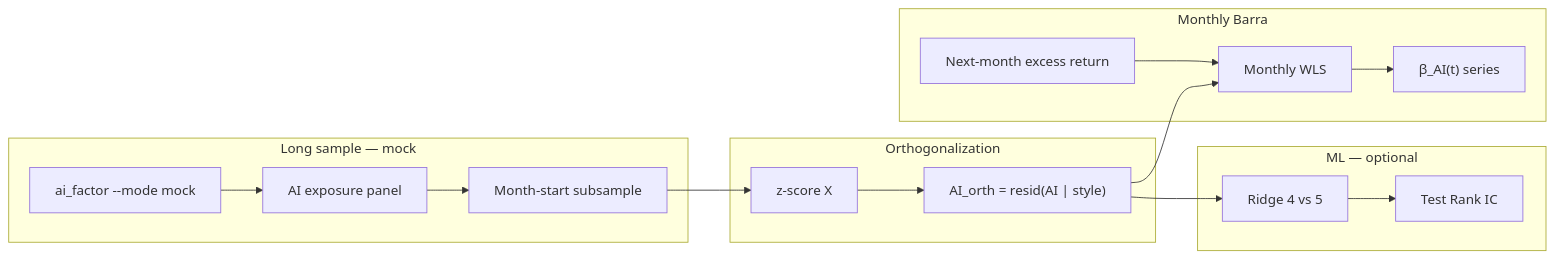
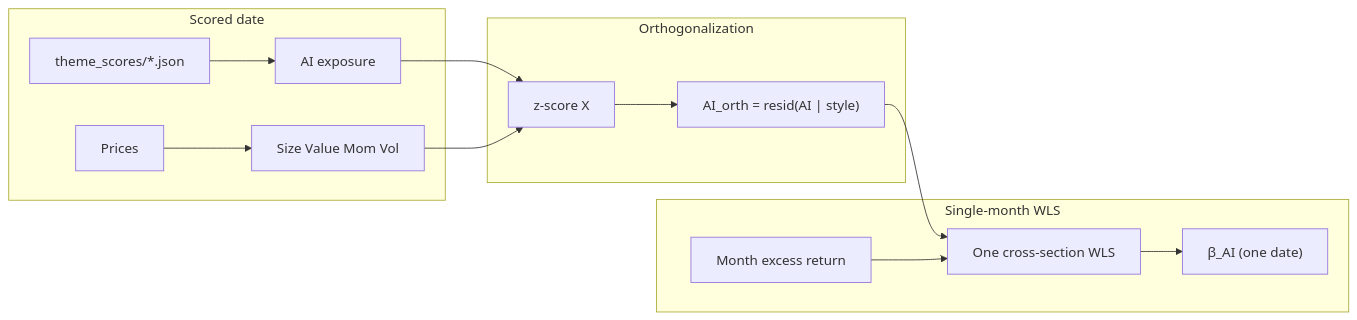
The first of 3 diagrams in README.md (wanmingz/ai_factor_barra), drawn with Mermaid before and after one commit. The commit also changed other lines of this file, not shown here.

````diff
--- a/README.md
+++ b/README.md
@@ -80,23 +100,19 @@
 ```mermaid
 flowchart LR
-    subgraph long [Long sample — mock]
-        Mock[ai_factor --mode mock] --> Panel[AI exposure panel]
-        Panel --> Sub[Month-start subsample]
+    subgraph signal [Scored date]
+        JSON[theme_scores/*.json] --> AIraw[AI exposure]
+        PX[Prices] --> Style[Size Value Mom Vol]
     end
 
     subgraph orth [Orthogonalization]
-        Sub --> ZS[z-score X]
+        AIraw --> ZS[z-score X]
+        Style --> ZS
         ZS --> Resid["AI_orth = resid(AI | style)"]
     end
 
-    subgraph barra [Monthly Barra]
-        Resid --> WLS[Monthly WLS]
-        Ynext[Next-month excess return] --> WLS
-        WLS --> Beta["β_AI(t) series"]
-    end
-
-    subgraph ml [ML — optional]
-        Resid --> Ridge[Ridge 4 vs 5]
-        Ridge --> IC[Test Rank IC]
+    subgraph barra [Single-month WLS]
+        Resid --> WLS[One cross-section WLS]
+        Ymonth[Month excess return] --> WLS
+        WLS --> Beta["β_AI (one date)"]
     end
 ```
````
